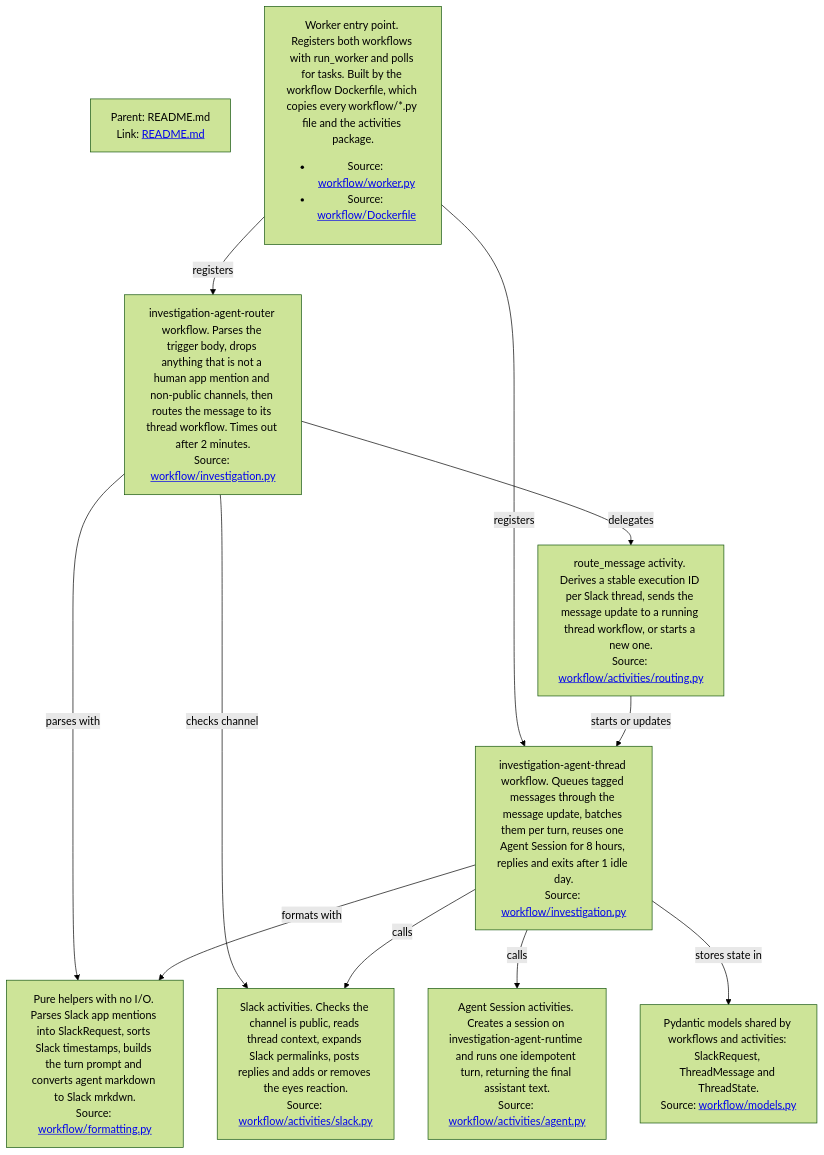
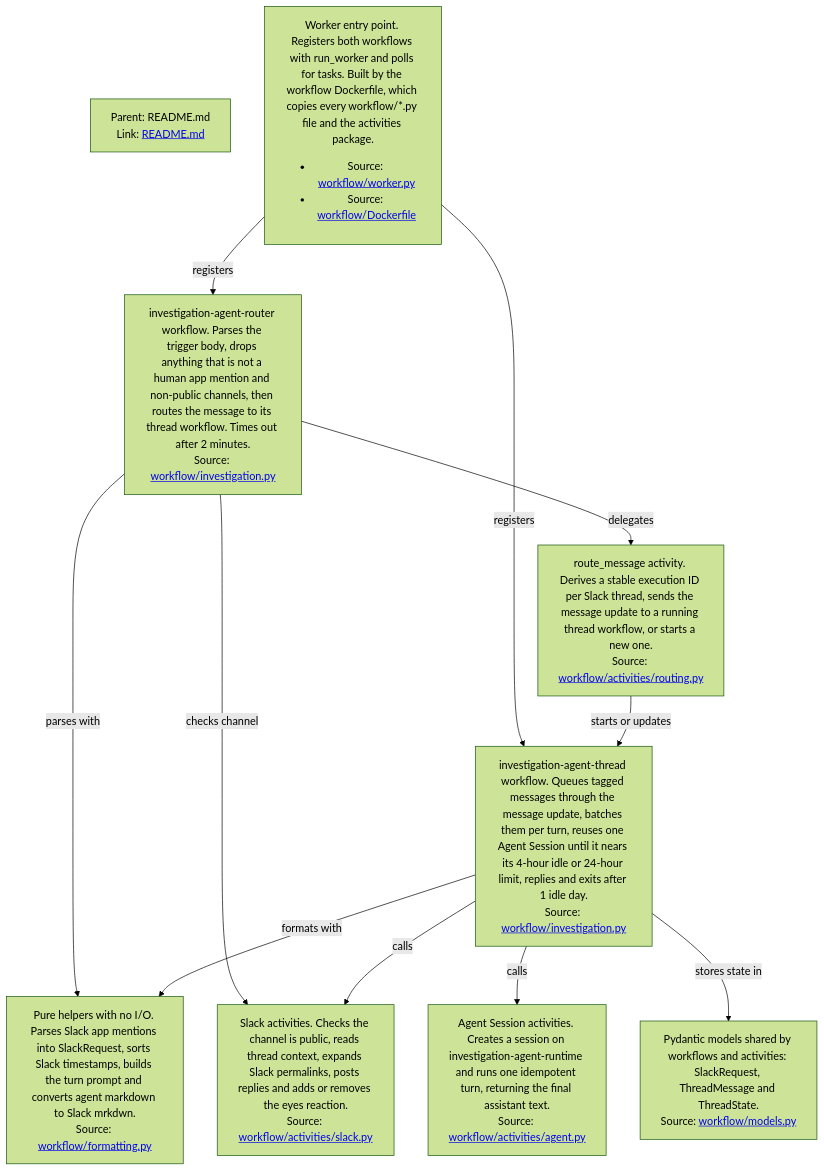
One commit to mistralai/cookbook changed the diagram in mistral/agents/investigation_agent/investigation-agent/docs/workflow.md. Above: the diagram before and after it, drawn with Mermaid (forest theme). The commit also changed 3 other files, not shown here.

First line of the commit message:
Start a new agent session before the session limits

````diff
--- a/mistral/agents/investigation_agent/investigation-agent/docs/workflow.md
+++ b/mistral/agents/investigation_agent/investigation-agent/docs/workflow.md
@@ -1,25 +1,25 @@
 ```mermaid
 graph TD
     %% Parent Graph Link
     ParentGraph["Parent: README.md<br/>Link: <a href='README.md'>README.md</a>"]
 
     Worker["Worker entry point. Registers both workflows with run_worker and polls for tasks. Built by the workflow Dockerfile, which copies every workflow/*.py file and the activities package.<br/><ul><li>Source: <a href='../workflow/worker.py'>workflow/worker.py</a></li><li>Source: <a href='../workflow/Dockerfile'>workflow/Dockerfile</a></li></ul>"]
     Router["investigation-agent-router workflow. Parses the trigger body, drops anything that is not a human app mention and non-public channels, then routes the message to its thread workflow. Times out after 2 minutes.<br/>Source: <a href='../workflow/investigation.py'>workflow/investigation.py</a>"]
-    Thread["investigation-agent-thread workflow. Queues tagged messages through the message update, batches them per turn, reuses one Agent Session for 8 hours, replies and exits after 1 idle day.<br/>Source: <a href='../workflow/investigation.py'>workflow/investigation.py</a>"]
+    Thread["investigation-agent-thread workflow. Queues tagged messages through the message update, batches them per turn, reuses one Agent Session until it nears its 4-hour idle or 24-hour limit, replies and exits after 1 idle day.<br/>Source: <a href='../workflow/investigation.py'>workflow/investigation.py</a>"]
     Models["Pydantic models shared by workflows and activities: SlackRequest, ThreadMessage and ThreadState.<br/>Source: <a href='../workflow/models.py'>workflow/models.py</a>"]
     Formatting["Pure helpers with no I/O. Parses Slack app mentions into SlackRequest, sorts Slack timestamps, builds the turn prompt and converts agent markdown to Slack mrkdwn.<br/>Source: <a href='../workflow/formatting.py'>workflow/formatting.py</a>"]
     Routing["route_message activity. Derives a stable execution ID per Slack thread, sends the message update to a running thread workflow, or starts a new one.<br/>Source: <a href='../workflow/activities/routing.py'>workflow/activities/routing.py</a>"]
     SlackActs["Slack activities. Checks the channel is public, reads thread context, expands Slack permalinks, posts replies and adds or removes the eyes reaction.<br/>Source: <a href='../workflow/activities/slack.py'>workflow/activities/slack.py</a>"]
     AgentActs["Agent Session activities. Creates a session on investigation-agent-runtime and runs one idempotent turn, returning the final assistant text.<br/>Source: <a href='../workflow/activities/agent.py'>workflow/activities/agent.py</a>"]
 
     Worker -->|registers| Router
     Worker -->|registers| Thread
     Router -->|parses with| Formatting
     Router -->|checks channel| SlackActs
     Router -->|delegates| Routing
     Routing -->|starts or updates| Thread
     Thread -->|calls| SlackActs
     Thread -->|calls| AgentActs
     Thread -->|formats with| Formatting
     Thread -->|stores state in| Models
 ```
````
